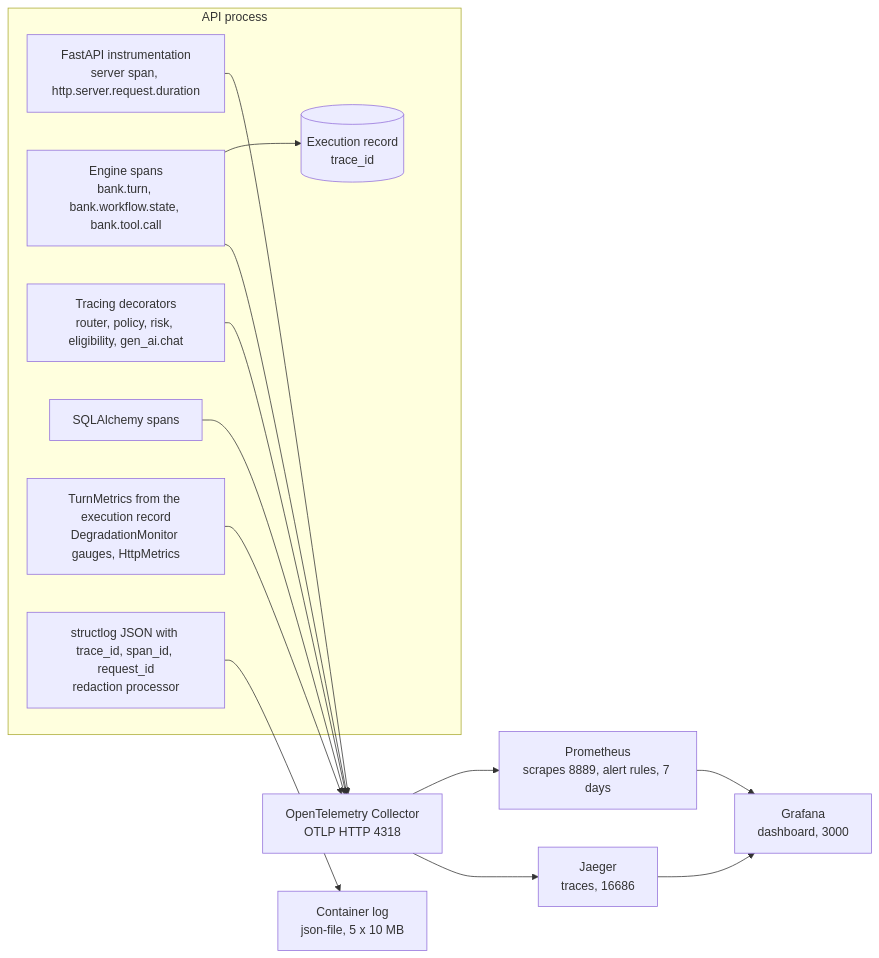
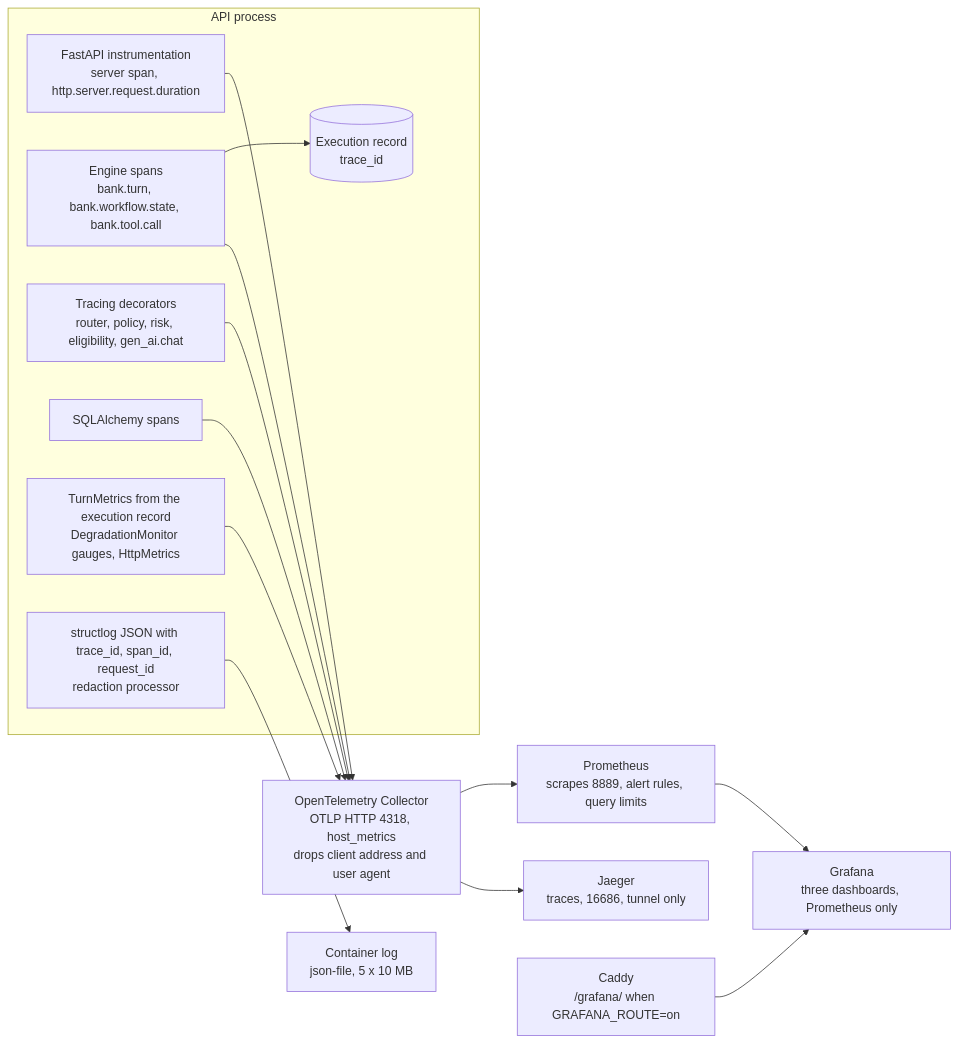
One commit to Youngermaster/factored-hackathon-2026-la-brasil-del-70 changed the diagram in docs/operations/observability.md. Above: the diagram before and after it, drawn with Mermaid. The commit also changed other lines of this file and 12 other files, not shown here.

````diff
--- a/docs/operations/observability.md
+++ b/docs/operations/observability.md
@@ -7,27 +7,28 @@
 ```mermaid
 flowchart LR
     subgraph api["API process"]
         http["FastAPI instrumentation<br/>server span, http.server.request.duration"]
         engine["Engine spans<br/>bank.turn, bank.workflow.state, bank.tool.call"]
         decorators["Tracing decorators<br/>router, policy, risk, eligibility, gen_ai.chat"]
         sql["SQLAlchemy spans"]
         metrics["TurnMetrics from the execution record<br/>DegradationMonitor gauges, HttpMetrics"]
         logs["structlog JSON with trace_id, span_id, request_id<br/>redaction processor"]
         record[("Execution record<br/>trace_id")]
     end
-    collector["OpenTelemetry Collector<br/>OTLP HTTP 4318"]
-    jaeger["Jaeger<br/>traces, 16686"]
-    prom["Prometheus<br/>scrapes 8889, alert rules, 7 days"]
-    grafana["Grafana<br/>dashboard, 3000"]
+    collector["OpenTelemetry Collector<br/>OTLP HTTP 4318, host_metrics<br/>drops client address and user agent"]
+    jaeger["Jaeger<br/>traces, 16686, tunnel only"]
+    prom["Prometheus<br/>scrapes 8889, alert rules, query limits"]
+    grafana["Grafana<br/>three dashboards, Prometheus only"]
+    caddy["Caddy<br/>/grafana/ when GRAFANA_ROUTE=on"]
     http --> collector
     engine --> collector
     decorators --> collector
     sql --> collector
     metrics --> collector
     collector --> jaeger
     collector --> prom
     prom --> grafana
-    jaeger --> grafana
+    caddy --> grafana
     engine --> record
     logs --> stdout["Container log<br/>json-file, 5 x 10 MB"]
 ```
````
